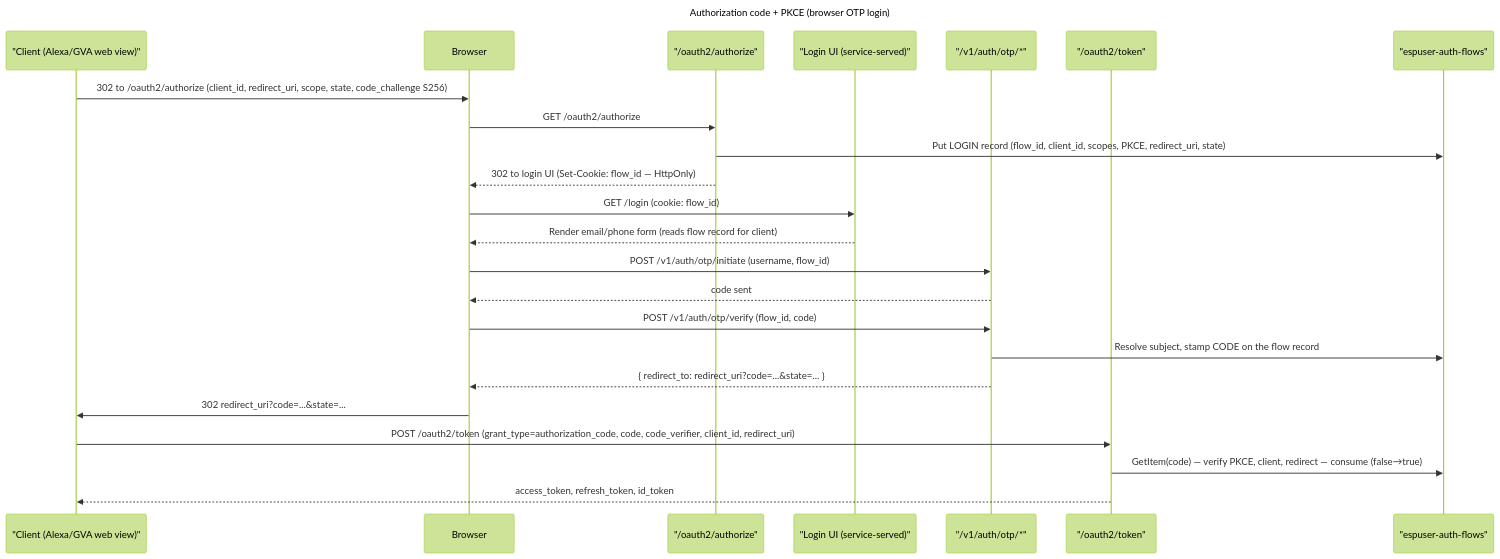
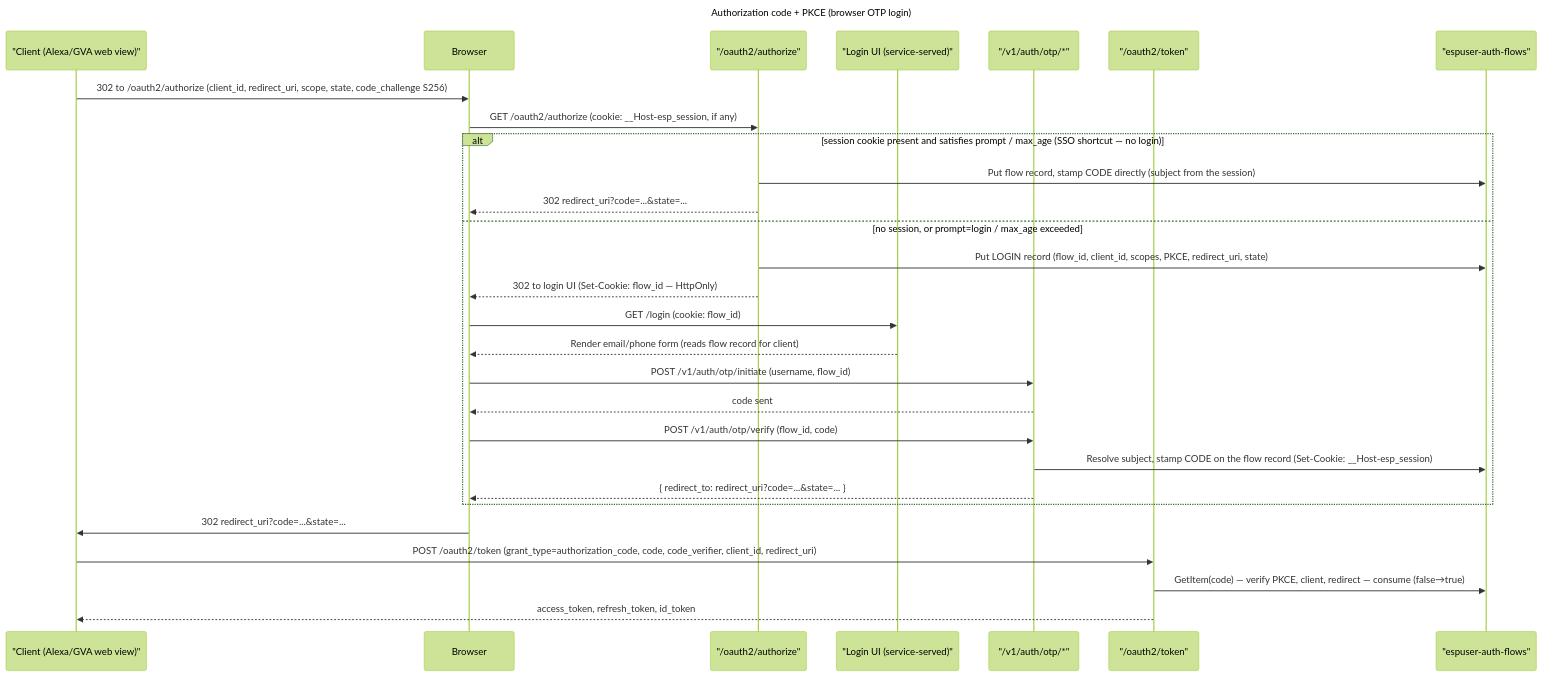
One commit to espressif/esp-rainmaker-neo changed the diagram in src/espuser/docs/specs/authorize-code-flow.md. Above: the diagram before and after it, drawn with Mermaid (forest theme). The commit also changed other lines of this file and 94 other files, not shown here.

````diff
--- a/src/espuser/docs/specs/authorize-code-flow.md
+++ b/src/espuser/docs/specs/authorize-code-flow.md
@@ -41,27 +48,32 @@
 ```mermaid
 sequenceDiagram
     title Authorization code + PKCE (browser OTP login)
     participant Client as "Client (Alexa/GVA web view)"
     participant Browser
     participant Authz as "/oauth2/authorize"
     participant UI as "Login UI (service-served)"
     participant OTP as "/v1/auth/otp/*"
     participant Token as "/oauth2/token"
     participant Flows as "espuser-auth-flows"
 
     Client->>Browser: 302 to /oauth2/authorize (client_id, redirect_uri, scope, state, code_challenge S256)
-    Browser->>Authz: GET /oauth2/authorize
-    Authz->>Flows: Put LOGIN record (flow_id, client_id, scopes, PKCE, redirect_uri, state)
-    Authz-->>Browser: 302 to login UI (Set-Cookie: flow_id — HttpOnly)
-    Browser->>UI: GET /login (cookie: flow_id)
-    UI-->>Browser: Render email/phone form (reads flow record for client)
-    Browser->>OTP: POST /v1/auth/otp/initiate (username, flow_id)
-    OTP-->>Browser: code sent
-    Browser->>OTP: POST /v1/auth/otp/verify (flow_id, code)
-    OTP->>Flows: Resolve subject, stamp CODE on the flow record
-    OTP-->>Browser: { redirect_to: redirect_uri?code=...&state=... }
+    Browser->>Authz: GET /oauth2/authorize (cookie: __Host-esp_session, if any)
+    alt session cookie present and satisfies prompt / max_age (SSO shortcut — no login)
+        Authz->>Flows: Put flow record, stamp CODE directly (subject from the session)
+        Authz-->>Browser: 302 redirect_uri?code=...&state=...
+    else no session, or prompt=login / max_age exceeded
+        Authz->>Flows: Put LOGIN record (flow_id, client_id, scopes, PKCE, redirect_uri, state)
+        Authz-->>Browser: 302 to login UI (Set-Cookie: flow_id — HttpOnly)
+        Browser->>UI: GET /login (cookie: flow_id)
+        UI-->>Browser: Render email/phone form (reads flow record for client)
+        Browser->>OTP: POST /v1/auth/otp/initiate (username, flow_id)
+        OTP-->>Browser: code sent
+        Browser->>OTP: POST /v1/auth/otp/verify (flow_id, code)
+        OTP->>Flows: Resolve subject, stamp CODE on the flow record (Set-Cookie: __Host-esp_session)
+        OTP-->>Browser: { redirect_to: redirect_uri?code=...&state=... }
+    end
     Browser->>Client: 302 redirect_uri?code=...&state=...
     Client->>Token: POST /oauth2/token (grant_type=authorization_code, code, code_verifier, client_id, redirect_uri)
     Token->>Flows: GetItem(code) — verify PKCE, client, redirect — consume (false→true)
     Token-->>Client: access_token, refresh_token, id_token
 ```
````
